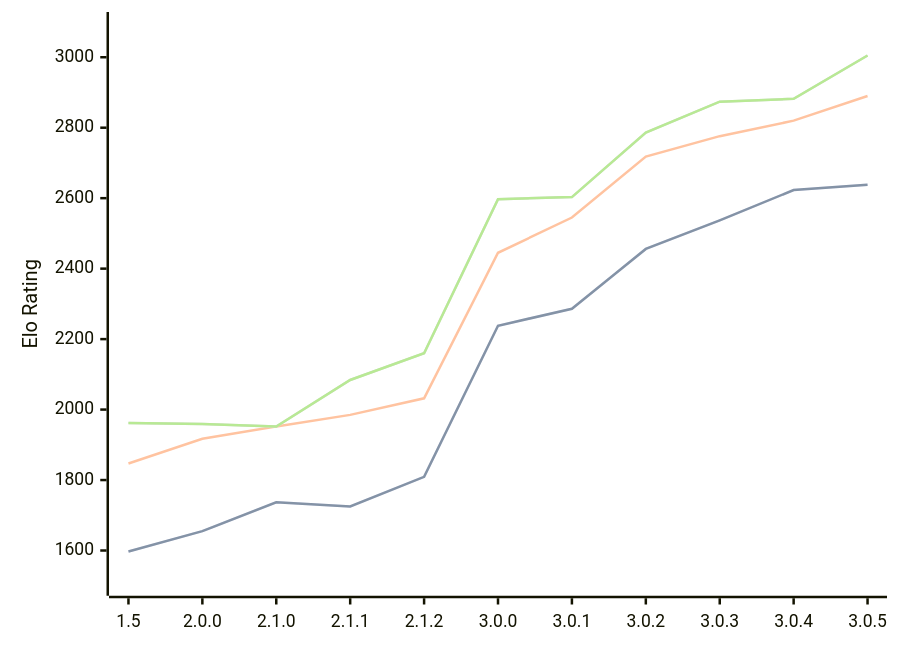
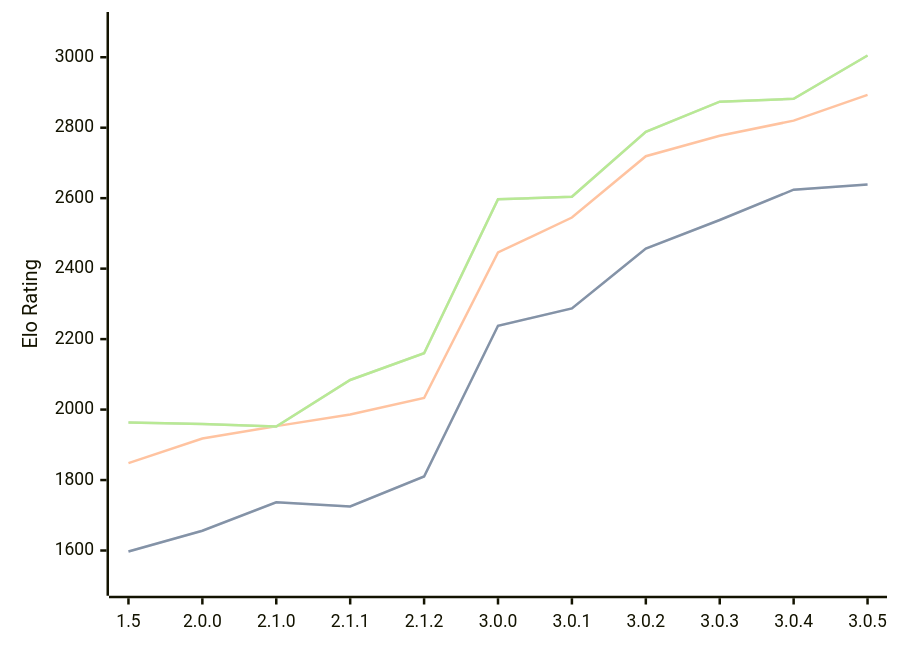
The diagram in engines/Rudim.md (computer-chess-index/cci), drawn with Mermaid before and after one commit. The commit also changed other lines of this file, not shown here.

Commit message:
Update CCI Ratings (ELO VLTC) - 2026-09-14

````diff
--- a/engines/Rudim.md
+++ b/engines/Rudim.md
@@ -45,11 +45,11 @@
 ```mermaid
 %%{init: {"theme":"base","themeVariables":{"seriesColors:['#a3a3a3','#222221','#faa371']}}}%%
 xychart-beta
   x-axis ["1.5", "2.0.0", "2.1.0", "2.1.1", "2.1.2", "3.0.0", "3.0.1", "3.0.2", "3.0.3", "3.0.4", "3.0.5"]
   y-axis "Elo Rating" 1500 --> 3100
-  line "" [1597, 1655, 1737, 1725, 1809, 2238, 2286, 2456, 2537, 2623, 2638]
-  line "STC (8.0+0.08s)" [1597, 1655, 1737, 1725, 1809, 2238, 2286, 2456, 2537, 2623, 2638]
-  line "LTC (60.0+0.60s)" [1847, 1917, 1952, 1985, 2032, 2445, 2545, 2718, 2776, 2820, 2890]
-  line "" [1962, 1959, 1952, 2084, 2160, 2597, 2603, 2786, 2874, 2882, 3005]
-  line "VLTC (2m24s+1.12s)" [1962, 1959, 1952, 2084, 2160, 2597, 2603, 2786, 2874, 2882, 3005]
+  line "" [1597, 1656, 1737, 1725, 1810, 2238, 2287, 2457, 2538, 2624, 2639]
+  line "STC (8.0+0.08s)" [1597, 1656, 1737, 1725, 1810, 2238, 2287, 2457, 2538, 2624, 2639]
+  line "LTC (60.0+0.60s)" [1848, 1918, 1953, 1986, 2033, 2446, 2545, 2719, 2777, 2820, 2893]
+  line "" [1963, 1959, 1952, 2084, 2160, 2597, 2604, 2788, 2874, 2882, 3005]
+  line "VLTC (2m24s+1.12s)" [1963, 1959, 1952, 2084, 2160, 2597, 2604, 2788, 2874, 2882, 3005]
 ```
````
